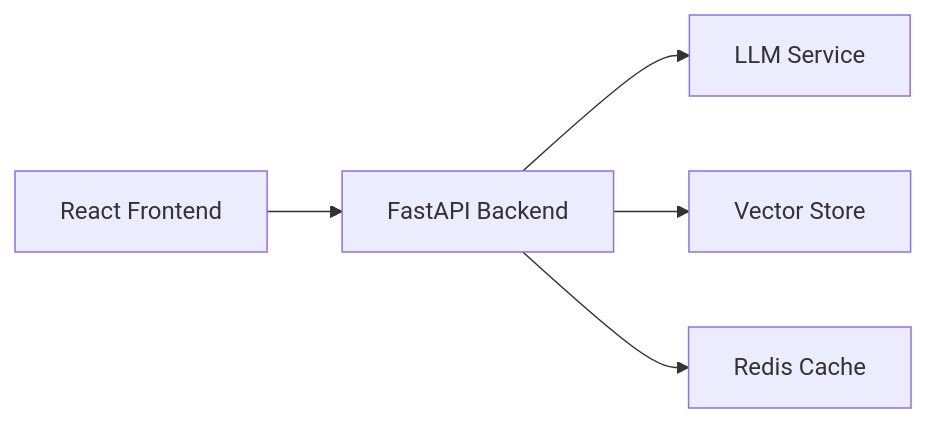
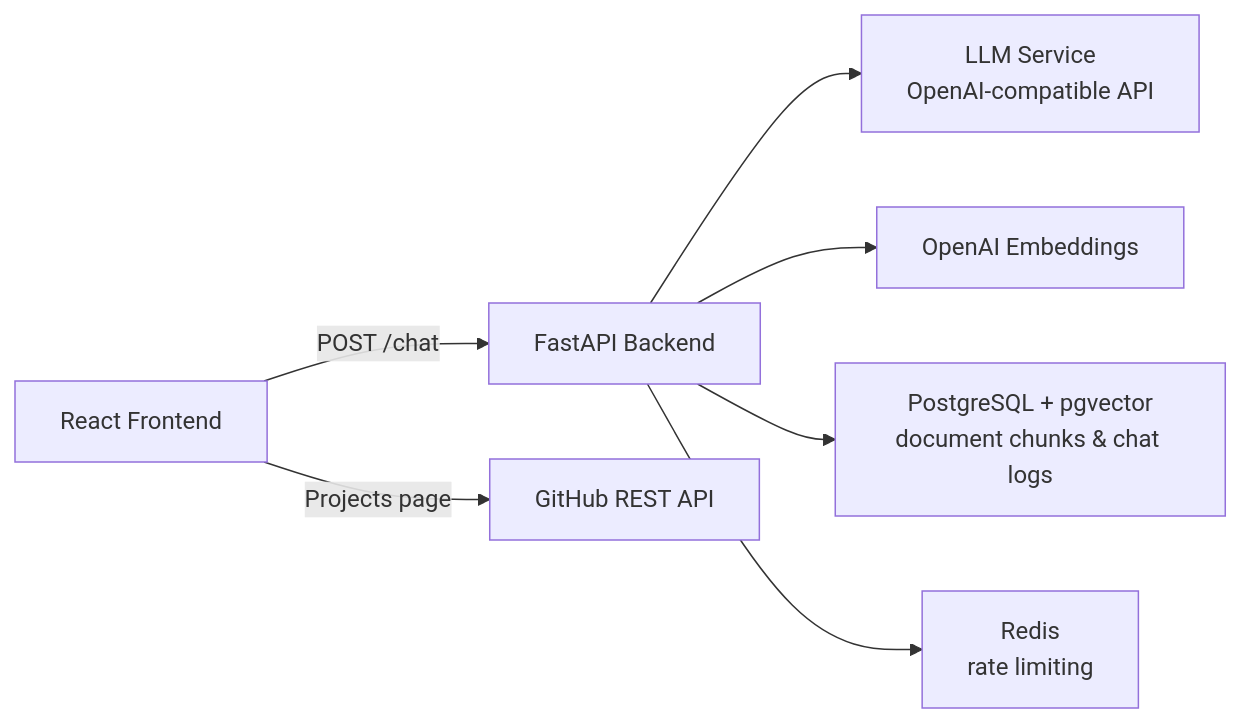
One commit to t0mer/ai-portfolio changed the diagram in README.md. Above: the diagram before and after it, drawn with Mermaid. The commit also changed other lines of this file, not shown here.

````diff
--- a/README.md
+++ b/README.md
@@ -20,7 +50,9 @@
 ```mermaid
 graph LR
-    A[React Frontend] --> B[FastAPI Backend]
-    B --> C[LLM Service]
-    B --> D[Vector Store]
-    B --> E[Redis Cache]
+    A[React Frontend] -->|POST /chat| B[FastAPI Backend]
+    B --> C[LLM Service<br/>OpenAI-compatible API]
+    B --> F[OpenAI Embeddings]
+    B --> D[PostgreSQL + pgvector<br/>document chunks & chat logs]
+    B --> E[Redis<br/>rate limiting]
+    A -->|Projects page| G[GitHub REST API]
 ```
````
